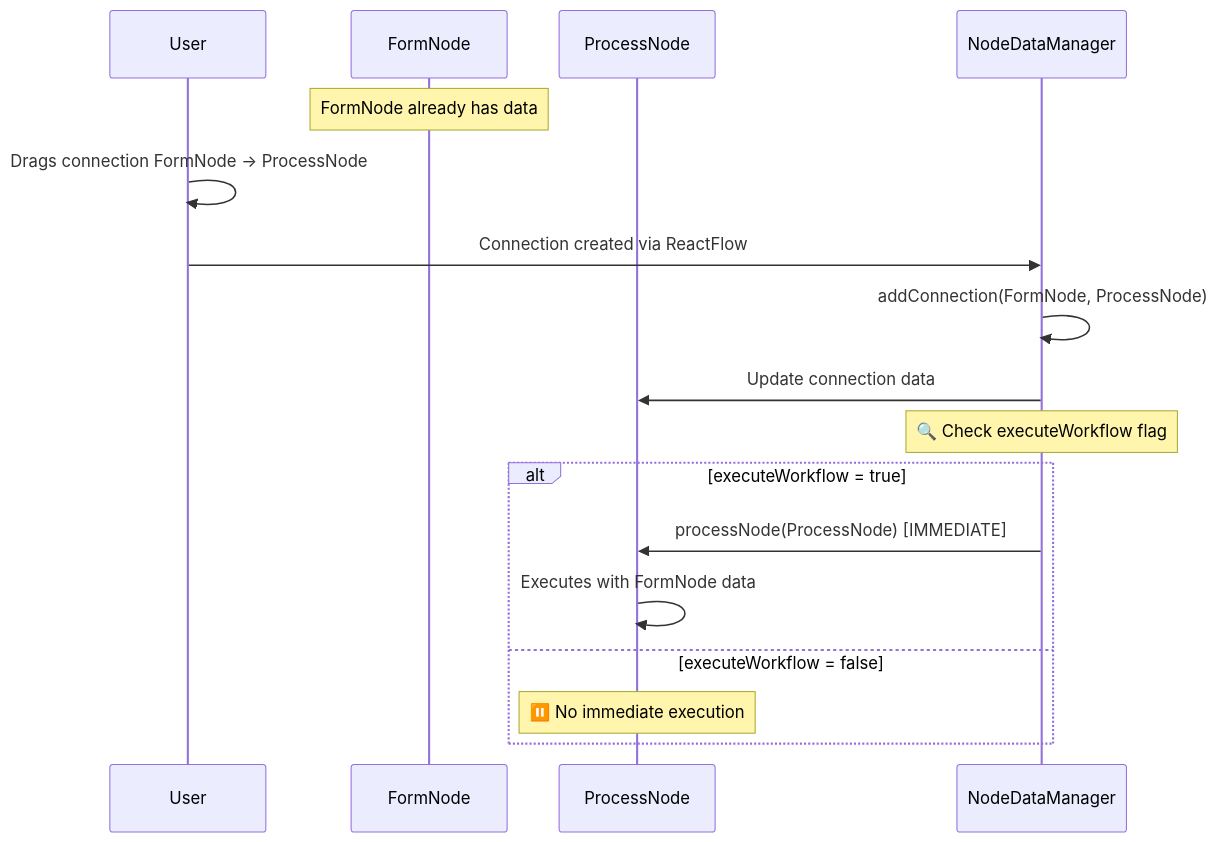
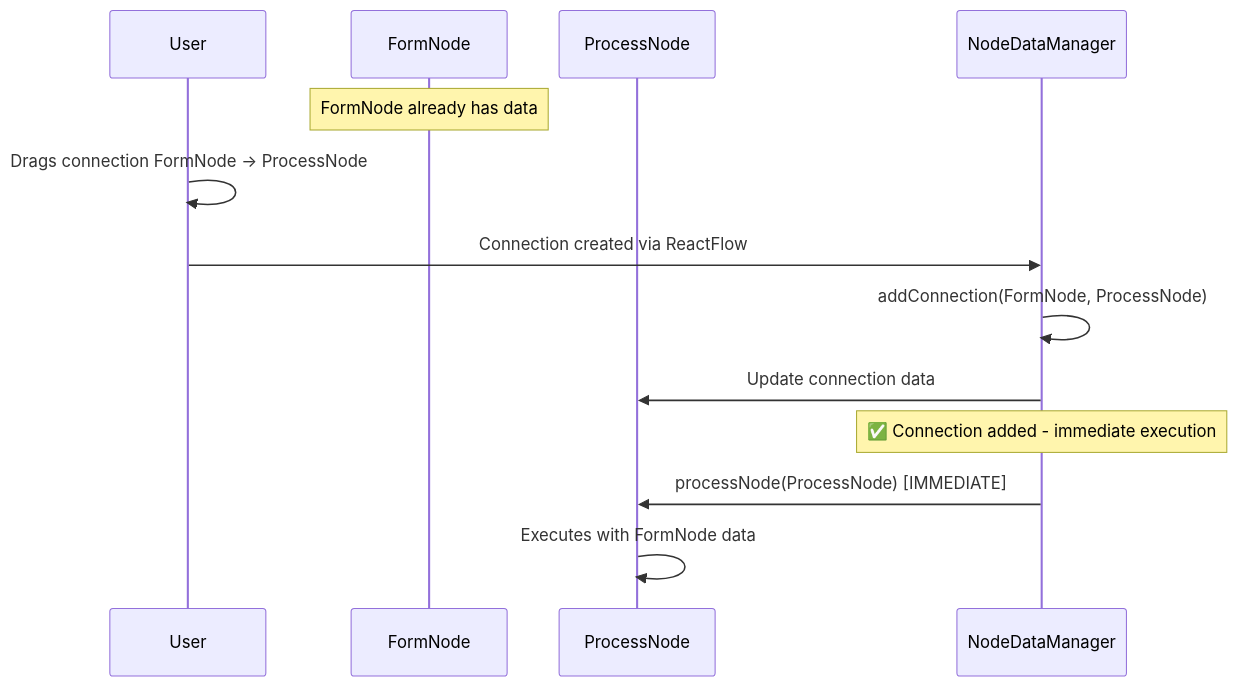
The third of 6 diagrams in WORKFLOW_EXECUTION_BEHAVIORS.md (ugmurthy/flow), drawn with Mermaid before and after one commit. The commit also changed other lines of this file and 48 other files, not shown here.

````diff
--- a/WORKFLOW_EXECUTION_BEHAVIORS.md
+++ b/WORKFLOW_EXECUTION_BEHAVIORS.md
@@ -82,20 +82,16 @@
 ```mermaid
 sequenceDiagram
     participant User
     participant FormNode
     participant ProcessNode
     participant NodeDataManager
 
     Note over FormNode: FormNode already has data
     User->>User: Drags connection FormNode → ProcessNode
     User->>NodeDataManager: Connection created via ReactFlow
     NodeDataManager->>NodeDataManager: addConnection(FormNode, ProcessNode)
     NodeDataManager->>ProcessNode: Update connection data
-    Note over NodeDataManager: 🔍 Check executeWorkflow flag
-    alt executeWorkflow = true
-        NodeDataManager->>ProcessNode: processNode(ProcessNode) [IMMEDIATE]
-        ProcessNode->>ProcessNode: Executes with FormNode data
-    else executeWorkflow = false
-        Note over ProcessNode: ⏸️ No immediate execution
-    end
+    Note over NodeDataManager: ✅ Connection added - immediate execution
+    NodeDataManager->>ProcessNode: processNode(ProcessNode) [IMMEDIATE]
+    ProcessNode->>ProcessNode: Executes with FormNode data
 ```
````
